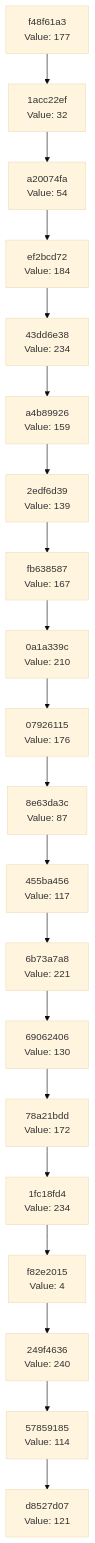
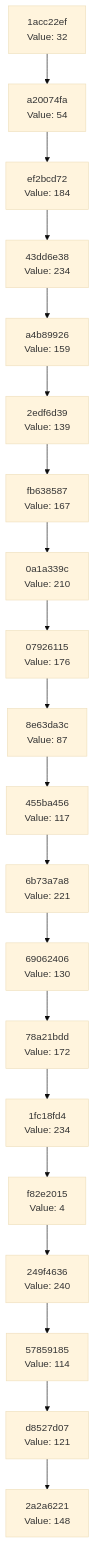
The diagram in docs/CHAIN_VISUALIZATION.md (Abhisheksinha1506/hash-chain-evolver), drawn with Mermaid (base theme) before and after one commit. The commit also changed 3 other files, not shown here.

````diff
--- a/docs/CHAIN_VISUALIZATION.md
+++ b/docs/CHAIN_VISUALIZATION.md
@@ -3,42 +3,42 @@
 ```mermaid
 graph TD
-    C0["d8527d07<br/>Value: 121"]
-    C1["57859185<br/>Value: 114"]
+    C0["2a2a6221<br/>Value: 148"]
+    C1["d8527d07<br/>Value: 121"]
     C1 --> C0
-    C2["249f4636<br/>Value: 240"]
+    C2["57859185<br/>Value: 114"]
     C2 --> C1
-    C3["f82e2015<br/>Value: 4"]
+    C3["249f4636<br/>Value: 240"]
     C3 --> C2
-    C4["1fc18fd4<br/>Value: 234"]
+    C4["f82e2015<br/>Value: 4"]
     C4 --> C3
-    C5["78a21bdd<br/>Value: 172"]
+    C5["1fc18fd4<br/>Value: 234"]
     C5 --> C4
-    C6["69062406<br/>Value: 130"]
+    C6["78a21bdd<br/>Value: 172"]
     C6 --> C5
-    C7["6b73a7a8<br/>Value: 221"]
+    C7["69062406<br/>Value: 130"]
     C7 --> C6
-    C8["455ba456<br/>Value: 117"]
+    C8["6b73a7a8<br/>Value: 221"]
     C8 --> C7
-    C9["8e63da3c<br/>Value: 87"]
+    C9["455ba456<br/>Value: 117"]
     C9 --> C8
-    C10["07926115<br/>Value: 176"]
+    C10["8e63da3c<br/>Value: 87"]
     C10 --> C9
-    C11["0a1a339c<br/>Value: 210"]
+    C11["07926115<br/>Value: 176"]
     C11 --> C10
-    C12["fb638587<br/>Value: 167"]
+    C12["0a1a339c<br/>Value: 210"]
     C12 --> C11
-    C13["2edf6d39<br/>Value: 139"]
+    C13["fb638587<br/>Value: 167"]
     C13 --> C12
-    C14["a4b89926<br/>Value: 159"]
+    C14["2edf6d39<br/>Value: 139"]
     C14 --> C13
-    C15["43dd6e38<br/>Value: 234"]
+    C15["a4b89926<br/>Value: 159"]
     C15 --> C14
-    C16["ef2bcd72<br/>Value: 184"]
+    C16["43dd6e38<br/>Value: 234"]
     C16 --> C15
-    C17["a20074fa<br/>Value: 54"]
+    C17["ef2bcd72<br/>Value: 184"]
     C17 --> C16
-    C18["1acc22ef<br/>Value: 32"]
+    C18["a20074fa<br/>Value: 54"]
     C18 --> C17
-    C19["f48f61a3<br/>Value: 177"]
+    C19["1acc22ef<br/>Value: 32"]
     C19 --> C18
 ```
````
